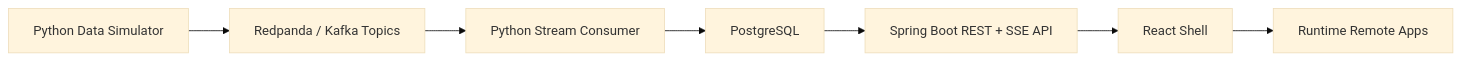
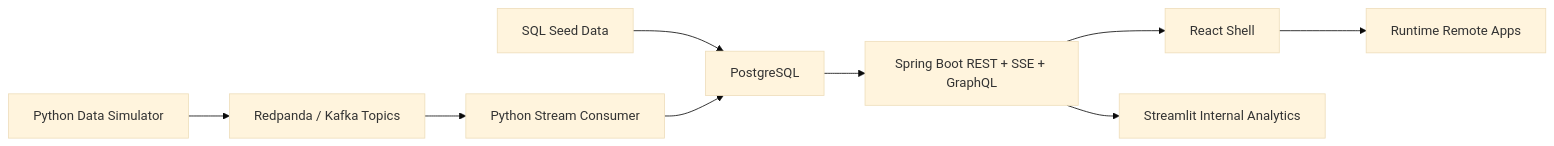
One commit to besteaydogan/LogiTrack changed the first of 2 diagrams in logitrack/docs/data-lineage.md. Above: the diagram before and after it, drawn with Mermaid (base theme). The commit also changed other lines of this file and 2 other files, not shown here.

Commit message:
docs: Update API contract data lineage and final verification documentations

````diff
--- a/logitrack/docs/data-lineage.md
+++ b/logitrack/docs/data-lineage.md
@@ -5,9 +7,11 @@
 ```mermaid
 flowchart LR
+  seed["SQL Seed Data"] --> postgres["PostgreSQL"]
   simulator["Python Data Simulator"] --> topics["Redpanda / Kafka Topics"]
   topics --> consumer["Python Stream Consumer"]
-  consumer --> postgres["PostgreSQL"]
-  postgres --> api["Spring Boot REST + SSE API"]
-  api --> shell["React Shell"]
+  consumer --> postgres
+  postgres --> backend["Spring Boot REST + SSE + GraphQL"]
+  backend --> shell["React Shell"]
   shell --> remotes["Runtime Remote Apps"]
+  backend --> streamlit["Streamlit Internal Analytics"]
 ```
````
